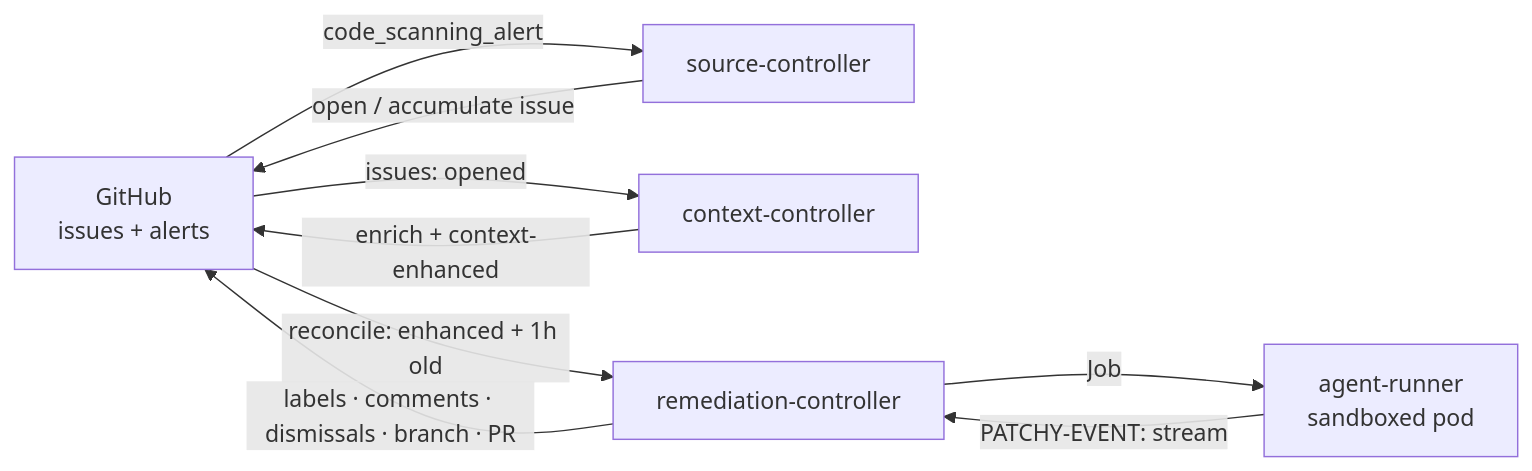
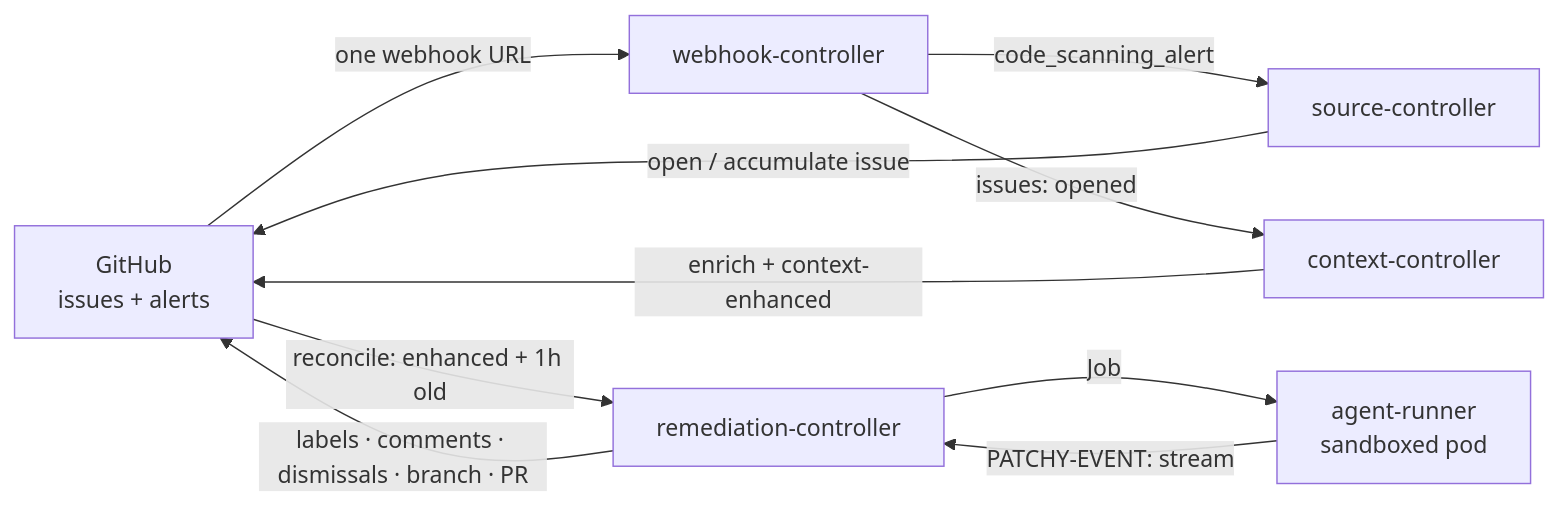
The diagram in docs/how-it-works.md (bitwise-media-group/patchy), drawn with Mermaid before and after one commit. The commit also changed other lines of this file and 38 other files, not shown here.

````diff
--- a/docs/how-it-works.md
+++ b/docs/how-it-works.md
@@ -7,11 +12,12 @@
 ```mermaid
 flowchart LR
-    GH[GitHub<br/>issues + alerts] -->|code_scanning_alert| SC[source-controller]
+    GH[GitHub<br/>issues + alerts] -->|one webhook URL| WP[webhook-controller]
+    WP -->|code_scanning_alert| SC[source-controller]
     SC -->|open / accumulate issue| GH
-    GH -->|issues: opened| CC[context-controller]
+    WP -->|issues: opened| CC[context-controller]
     CC -->|enrich + context-enhanced| GH
     GH -->|reconcile: enhanced + 1h old| RC[remediation-controller]
     RC -->|Job| AR[agent-runner<br/>sandboxed pod]
     AR -->|PATCHY-EVENT: stream| RC
     RC -->|labels · comments · dismissals · branch · PR| GH
 ```
````
